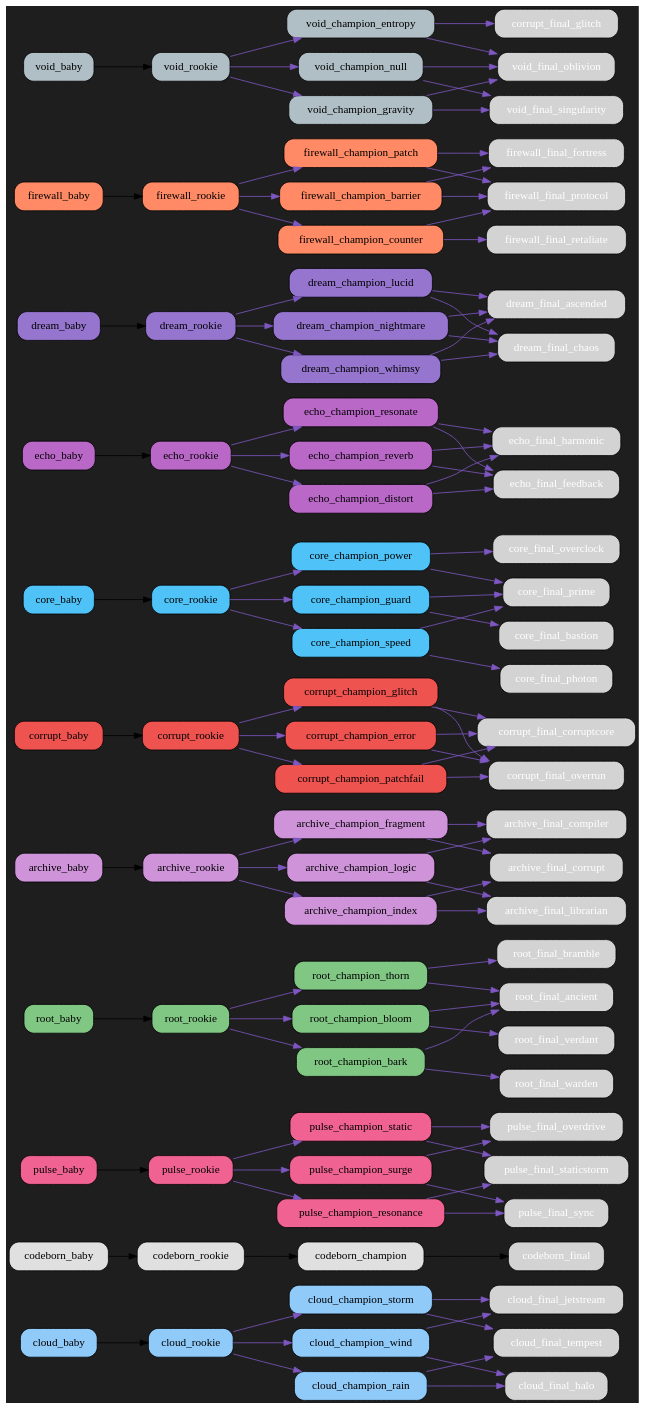
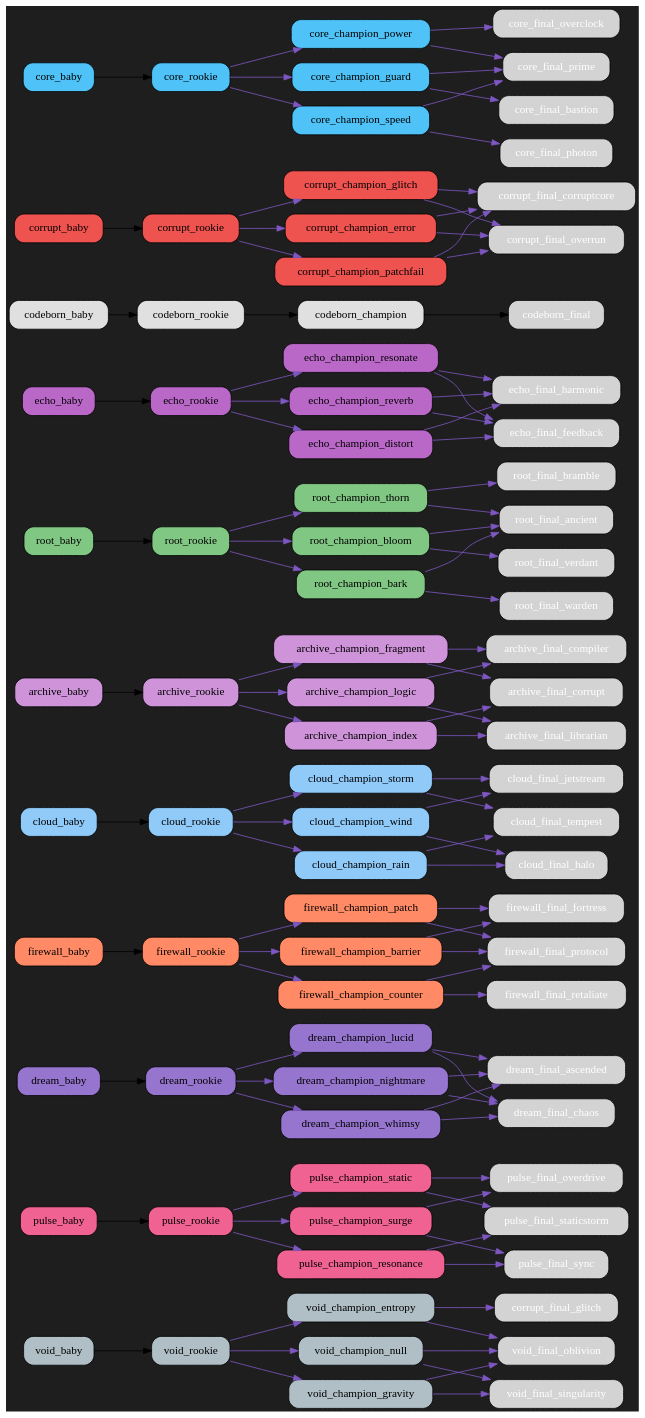
One commit to bwlight/NetGrid changed the diagram in src/netgrid/systems/evolution/graphs/dark/evolution_graph_dark.dot. Above: the diagram before and after it, drawn with Graphviz. The commit also changed other lines of this file and 8 other files, not shown here.

Commit message:
Auto-update evolution graphs

```diff
--- a/src/netgrid/systems/evolution/graphs/dark/evolution_graph_dark.dot
+++ b/src/netgrid/systems/evolution/graphs/dark/evolution_graph_dark.dot
@@ -2,6 +2,66 @@
   rankdir=LR;
   bgcolor="#1e1e1e";
   node [shape=box, style="rounded,filled", fontcolor="white"];
+  "void_baby" [fillcolor="#b0bec5", fontcolor="black"];
+  "void_baby" -> "void_rookie";
+  "void_rookie" [fillcolor="#b0bec5", fontcolor="black"];
+  "void_rookie" -> "void_champion_entropy" [color="#7e57c2"];
+  "void_rookie" -> "void_champion_gravity" [color="#7e57c2"];
+  "void_rookie" -> "void_champion_null" [color="#7e57c2"];
+  "void_champion_entropy" [fillcolor="#b0bec5", fontcolor="black"];
+  "void_champion_entropy" -> "corrupt_final_glitch" [color="#7e57c2"];
+  "void_champion_entropy" -> "void_final_oblivion" [color="#7e57c2"];
+  "void_champion_gravity" [fillcolor="#b0bec5", fontcolor="black"];
+  "void_champion_gravity" -> "void_final_singularity" [color="#7e57c2"];
+  "void_champion_gravity" -> "void_final_oblivion" [color="#7e57c2"];
+  "void_champion_null" [fillcolor="#b0bec5", fontcolor="black"];
+  "void_champion_null" -> "void_final_oblivion" [color="#7e57c2"];
+  "void_champion_null" -> "void_final_singularity" [color="#7e57c2"];
+  "pulse_baby" [fillcolor="#f06292", fontcolor="black"];
+  "pulse_baby" -> "pulse_rookie";
+  "pulse_rookie" [fillcolor="#f06292", fontcolor="black"];
+  "pulse_rookie" -> "pulse_champion_surge" [color="#7e57c2"];
+  "pulse_rookie" -> "pulse_champion_resonance" [color="#7e57c2"];
+  "pulse_rookie" -> "pulse_champion_static" [color="#7e57c2"];
+  "pulse_champion_surge" [fillcolor="#f06292", fontcolor="black"];
+  "pulse_champion_surge" -> "pulse_final_overdrive" [color="#7e57c2"];
+  "pulse_champion_surge" -> "pulse_final_sync" [color="#7e57c2"];
+  "pulse_champion_resonance" [fillcolor="#f06292", fontcolor="black"];
+  "pulse_champion_resonance" -> "pulse_final_sync" [color="#7e57c2"];
+  "pulse_champion_resonance" -> "pulse_final_staticstorm" [color="#7e57c2"];
+  "pulse_champion_static" [fillcolor="#f06292", fontcolor="black"];
+  "pulse_champion_static" -> "pulse_final_staticstorm" [color="#7e57c2"];
+  "pulse_champion_static" -> "pulse_final_overdrive" [color="#7e57c2"];
+  "dream_baby" [fillcolor="#9575cd", fontcolor="black"];
+  "dream_baby" -> "dream_rookie";
+  "dream_rookie" [fillcolor="#9575cd", fontcolor="black"];
+  "dream_rookie" -> "dream_champion_lucid" [color="#7e57c2"];
+  "dream_rookie" -> "dream_champion_nightmare" [color="#7e57c2"];
+  "dream_rookie" -> "dream_champion_whimsy" [color="#7e57c2"];
+  "dream_champion_lucid" [fillcolor="#9575cd", fontcolor="black"];
+  "dream_champion_lucid" -> "dream_final_ascended" [color="#7e57c2"];
+  "dream_champion_lucid" -> "dream_final_chaos" [color="#7e57c2"];
+  "dream_champion_nightmare" [fillcolor="#9575cd", fontcolor="black"];
+  "dream_champion_nightmare" -> "dream_final_chaos" [color="#7e57c2"];
+  "dream_champion_nightmare" -> "dream_final_ascended" [color="#7e57c2"];
+  "dream_champion_whimsy" [fillcolor="#9575cd", fontcolor="black"];
+  "dream_champion_whimsy" -> "dream_final_ascended" [color="#7e57c2"];
+  "dream_champion_whimsy" -> "dream_final_chaos" [color="#7e57c2"];
+  "firewall_baby" [fillcolor="#ff8a65", fontcolor="black"];
+  "firewall_baby" -> "firewall_rookie";
+  "firewall_rookie" [fillcolor="#ff8a65", fontcolor="black"];
+  "firewall_rookie" -> "firewall_champion_barrier" [color="#7e57c2"];
+  "firewall_rookie" -> "firewall_champion_counter" [color="#7e57c2"];
+  "firewall_rookie" -> "firewall_champion_patch" [color="#7e57c2"];
+  "firewall_champion_barrier" [fillcolor="#ff8a65", fontcolor="black"];
+  "firewall_champion_barrier" -> "firewall_final_fortress" [color="#7e57c2"];
+  "firewall_champion_barrier" -> "firewall_final_protocol" [color="#7e57c2"];
+  "firewall_champion_counter" [fillcolor="#ff8a65", fontcolor="black"];
+  "firewall_champion_counter" -> "firewall_final_retaliate" [color="#7e57c2"];
+  "firewall_champion_counter" -> "firewall_final_protocol" [color="#7e57c2"];
+  "firewall_champion_patch" [fillcolor="#ff8a65", fontcolor="black"];
+  "firewall_champion_patch" -> "firewall_final_protocol" [color="#7e57c2"];
+  "firewall_champion_patch" -> "firewall_final_fortress" [color="#7e57c2"];
   "cloud_baby" [fillcolor="#90caf9", fontcolor="black"];
   "cloud_baby" -> "cloud_rookie";
   "cloud_rookie" [fillcolor="#90caf9", fontcolor="black"];
@@ -17,27 +77,21 @@
   "cloud_champion_storm" [fillcolor="#90caf9", fontcolor="black"];
   "cloud_champion_storm" -> "cloud_final_tempest" [color="#7e57c2"];
   "cloud_champion_storm" -> "cloud_final_jetstream" [color="#7e57c2"];
-  "codeborn_baby" [fillcolor="#e0e0e0", fontcolor="black"];
-  "codeborn_baby" -> "codeborn_rookie";
-  "codeborn_rookie" [fillcolor="#e0e0e0", fontcolor="black"];
-  "codeborn_rookie" -> "codeborn_champion";
-  "codeborn_champion" [fillcolor="#e0e0e0", fontcolor="black"];
-  "codeborn_champion" -> "codeborn_final";
-  "pulse_baby" [fillcolor="#f06292", fontcolor="black"];
-  "pulse_baby" -> "pulse_rookie";
-  "pulse_rookie" [fillcolor="#f06292", fontcolor="black"];
-  "pulse_rookie" -> "pulse_champion_surge" [color="#7e57c2"];
-  "pulse_rookie" -> "pulse_champion_resonance" [color="#7e57c2"];
-  "pulse_rookie" -> "pulse_champion_static" [color="#7e57c2"];
-  "pulse_champion_surge" [fillcolor="#f06292", fontcolor="black"];
-  "pulse_champion_surge" -> "pulse_final_overdrive" [color="#7e57c2"];
-  "pulse_champion_surge" -> "pulse_final_sync" [color="#7e57c2"];
-  "pulse_champion_resonance" [fillcolor="#f06292", fontcolor="black"];
-  "pulse_champion_resonance" -> "pulse_final_sync" [color="#7e57c2"];
-  "pulse_champion_resonance" -> "pulse_final_staticstorm" [color="#7e57c2"];
-  "pulse_champion_static" [fillcolor="#f06292", fontcolor="black"];
-  "pulse_champion_static" -> "pulse_final_staticstorm" [color="#7e57c2"];
-  "pulse_champion_static" -> "pulse_final_overdrive" [color="#7e57c2"];
+  "archive_baby" [fillcolor="#ce93d8", fontcolor="black"];
+  "archive_baby" -> "archive_rookie";
+  "archive_rookie" [fillcolor="#ce93d8", fontcolor="black"];
+  "archive_rookie" -> "archive_champion_logic" [color="#7e57c2"];
+  "archive_rookie" -> "archive_champion_index" [color="#7e57c2"];
+  "archive_rookie" -> "archive_champion_fragment" [color="#7e57c2"];
+  "archive_champion_logic" [fillcolor="#ce93d8", fontcolor="black"];
+  "archive_champion_logic" -> "archive_final_compiler" [color="#7e57c2"];
+  "archive_champion_logic" -> "archive_final_librarian" [color="#7e57c2"];
+  "archive_champion_index" [fillcolor="#ce93d8", fontcolor="black"];
+  "archive_champion_index" -> "archive_final_librarian" [color="#7e57c2"];
+  "archive_champion_index" -> "archive_final_corrupt" [color="#7e57c2"];
+  "archive_champion_fragment" [fillcolor="#ce93d8", fontcolor="black"];
+  "archive_champion_fragment" -> "archive_final_corrupt" [color="#7e57c2"];
+  "archive_champion_fragment" -> "archive_final_compiler" [color="#7e57c2"];
   "root_baby" [fillcolor="#81c784", fontcolor="black"];
   "root_baby" -> "root_rookie";
   "root_rookie" [fillcolor="#81c784", fontcolor="black"];
@@ -53,21 +107,27 @@
   "root_champion_bark" [fillcolor="#81c784", fontcolor="black"];
   "root_champion_bark" -> "root_final_warden" [color="#7e57c2"];
   "root_champion_bark" -> "root_final_ancient" [color="#7e57c2"];
-  "archive_baby" [fillcolor="#ce93d8", fontcolor="black"];
-  "archive_baby" -> "archive_rookie";
-  "archive_rookie" [fillcolor="#ce93d8", fontcolor="black"];
-  "archive_rookie" -> "archive_champion_logic" [color="#7e57c2"];
-  "archive_rookie" -> "archive_champion_index" [color="#7e57c2"];
-  "archive_rookie" -> "archive_champion_fragment" [color="#7e57c2"];
-  "archive_champion_logic" [fillcolor="#ce93d8", fontcolor="black"];
-  "archive_champion_logic" -> "archive_final_compiler" [color="#7e57c2"];
-  "archive_champion_logic" -> "archive_final_librarian" [color="#7e57c2"];
-  "archive_champion_index" [fillcolor="#ce93d8", fontcolor="black"];
-  "archive_champion_index" -> "archive_final_librarian" [color="#7e57c2"];
-  "archive_champion_index" -> "archive_final_corrupt" [color="#7e57c2"];
-  "archive_champion_fragment" [fillcolor="#ce93d8", fontcolor="black"];
-  "archive_champion_fragment" -> "archive_final_corrupt" [color="#7e57c2"];
-  "archive_champion_fragment" -> "archive_final_compiler" [color="#7e57c2"];
+  "echo_baby" [fillcolor="#ba68c8", fontcolor="black"];
+  "echo_baby" -> "echo_rookie";
+  "echo_rookie" [fillcolor="#ba68c8", fontcolor="black"];
+  "echo_rookie" -> "echo_champion_resonate" [color="#7e57c2"];
+  "echo_rookie" -> "echo_champion_reverb" [color="#7e57c2"];
+  "echo_rookie" -> "echo_champion_distort" [color="#7e57c2"];
+  "echo_champion_resonate" [fillcolor="#ba68c8", fontcolor="black"];
+  "echo_champion_resonate" -> "echo_final_harmonic" [color="#7e57c2"];
+  "echo_champion_resonate" -> "echo_final_feedback" [color="#7e57c2"];
+  "echo_champion_reverb" [fillcolor="#ba68c8", fontcolor="black"];
+  "echo_champion_reverb" -> "echo_final_feedback" [color="#7e57c2"];
+  "echo_champion_reverb" -> "echo_final_harmonic" [color="#7e57c2"];
+  "echo_champion_distort" [fillcolor="#ba68c8", fontcolor="black"];
+  "echo_champion_distort" -> "echo_final_feedback" [color="#7e57c2"];
+  "echo_champion_distort" -> "echo_final_harmonic" [color="#7e57c2"];
+  "codeborn_baby" [fillcolor="#e0e0e0", fontcolor="black"];
+  "codeborn_baby" -> "codeborn_rookie";
+  "codeborn_rookie" [fillcolor="#e0e0e0", fontcolor="black"];
+  "codeborn_rookie" -> "codeborn_champion";
+  "codeborn_champion" [fillcolor="#e0e0e0", fontcolor="black"];
+  "codeborn_champion" -> "codeborn_final";
   "corrupt_baby" [fillcolor="#ef5350", fontcolor="black"];
   "corrupt_baby" -> "corrupt_rookie";
   "corrupt_rookie" [fillcolor="#ef5350", fontcolor="black"];
@@ -98,64 +158,4 @@
   "core_champion_speed" [fillcolor="#4fc3f7", fontcolor="black"];
   "core_champion_speed" -> "core_final_photon" [color="#7e57c2"];
   "core_champion_speed" -> "core_final_prime" [color="#7e57c2"];
-  "echo_baby" [fillcolor="#ba68c8", fontcolor="black"];
-  "echo_baby" -> "echo_rookie";
-  "echo_rookie" [fillcolor="#ba68c8", fontcolor="black"];
-  "echo_rookie" -> "echo_champion_resonate" [color="#7e57c2"];
-  "echo_rookie" -> "echo_champion_reverb" [color="#7e57c2"];
-  "echo_rookie" -> "echo_champion_distort" [color="#7e57c2"];
-  "echo_champion_resonate" [fillcolor="#ba68c8", fontcolor="black"];
-  "echo_champion_resonate" -> "echo_final_harmonic" [color="#7e57c2"];
-  "echo_champion_resonate" -> "echo_final_feedback" [color="#7e57c2"];
-  "echo_champion_reverb" [fillcolor="#ba68c8", fontcolor="black"];
-  "echo_champion_reverb" -> "echo_final_feedback" [color="#7e57c2"];
-  "echo_champion_reverb" -> "echo_final_harmonic" [color="#7e57c2"];
-  "echo_champion_distort" [fillcolor="#ba68c8", fontcolor="black"];
-  "echo_champion_distort" -> "echo_final_feedback" [color="#7e57c2"];
-  "echo_champion_distort" -> "echo_final_harmonic" [color="#7e57c2"];
-  "dream_baby" [fillcolor="#9575cd", fontcolor="black"];
-  "dream_baby" -> "dream_rookie";
-  "dream_rookie" [fillcolor="#9575cd", fontcolor="black"];
-  "dream_rookie" -> "dream_champion_lucid" [color="#7e57c2"];
-  "dream_rookie" -> "dream_champion_nightmare" [color="#7e57c2"];
-  "dream_rookie" -> "dream_champion_whimsy" [color="#7e57c2"];
-  "dream_champion_lucid" [fillcolor="#9575cd", fontcolor="black"];
-  "dream_champion_lucid" -> "dream_final_ascended" [color="#7e57c2"];
-  "dream_champion_lucid" -> "dream_final_chaos" [color="#7e57c2"];
-  "dream_champion_nightmare" [fillcolor="#9575cd", fontcolor="black"];
-  "dream_champion_nightmare" -> "dream_final_chaos" [color="#7e57c2"];
-  "dream_champion_nightmare" -> "dream_final_ascended" [color="#7e57c2"];
-  "dream_champion_whimsy" [fillcolor="#9575cd", fontcolor="black"];
-  "dream_champion_whimsy" -> "dream_final_ascended" [color="#7e57c2"];
-  "dream_champion_whimsy" -> "dream_final_chaos" [color="#7e57c2"];
-  "firewall_baby" [fillcolor="#ff8a65", fontcolor="black"];
-  "firewall_baby" -> "firewall_rookie";
-  "firewall_rookie" [fillcolor="#ff8a65", fontcolor="black"];
-  "firewall_rookie" -> "firewall_champion_barrier" [color="#7e57c2"];
-  "firewall_rookie" -> "firewall_champion_counter" [color="#7e57c2"];
-  "firewall_rookie" -> "firewall_champion_patch" [color="#7e57c2"];
-  "firewall_champion_barrier" [fillcolor="#ff8a65", fontcolor="black"];
-  "firewall_champion_barrier" -> "firewall_final_fortress" [color="#7e57c2"];
-  "firewall_champion_barrier" -> "firewall_final_protocol" [color="#7e57c2"];
-  "firewall_champion_counter" [fillcolor="#ff8a65", fontcolor="black"];
-  "firewall_champion_counter" -> "firewall_final_retaliate" [color="#7e57c2"];
-  "firewall_champion_counter" -> "firewall_final_protocol" [color="#7e57c2"];
-  "firewall_champion_patch" [fillcolor="#ff8a65", fontcolor="black"];
-  "firewall_champion_patch" -> "firewall_final_protocol" [color="#7e57c2"];
-  "firewall_champion_patch" -> "firewall_final_fortress" [color="#7e57c2"];
-  "void_baby" [fillcolor="#b0bec5", fontcolor="black"];
-  "void_baby" -> "void_rookie";
-  "void_rookie" [fillcolor="#b0bec5", fontcolor="black"];
-  "void_rookie" -> "void_champion_entropy" [color="#7e57c2"];
-  "void_rookie" -> "void_champion_gravity" [color="#7e57c2"];
-  "void_rookie" -> "void_champion_null" [color="#7e57c2"];
-  "void_champion_entropy" [fillcolor="#b0bec5", fontcolor="black"];
-  "void_champion_entropy" -> "corrupt_final_glitch" [color="#7e57c2"];
-  "void_champion_entropy" -> "void_final_oblivion" [color="#7e57c2"];
-  "void_champion_gravity" [fillcolor="#b0bec5", fontcolor="black"];
-  "void_champion_gravity" -> "void_final_singularity" [color="#7e57c2"];
-  "void_champion_gravity" -> "void_final_oblivion" [color="#7e57c2"];
-  "void_champion_null" [fillcolor="#b0bec5", fontcolor="black"];
-  "void_champion_null" -> "void_final_oblivion" [color="#7e57c2"];
-  "void_champion_null" -> "void_final_singularity" [color="#7e57c2"];
 }
```
